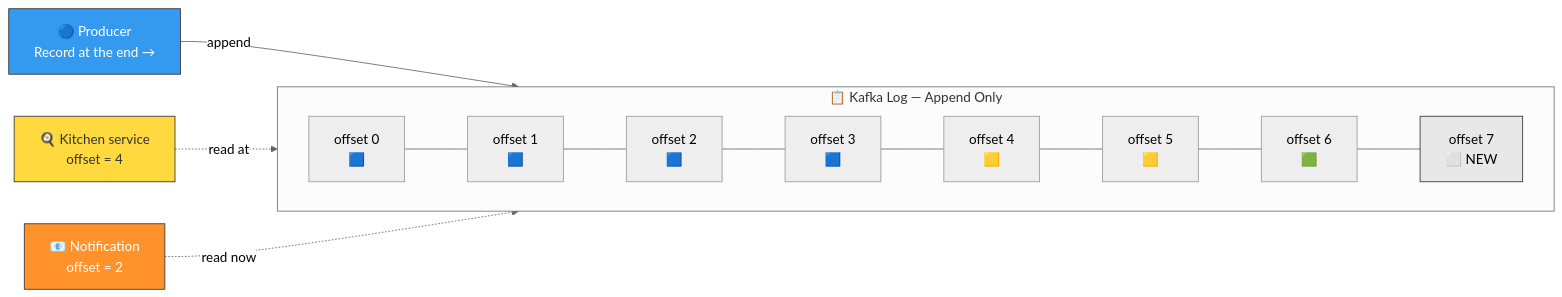
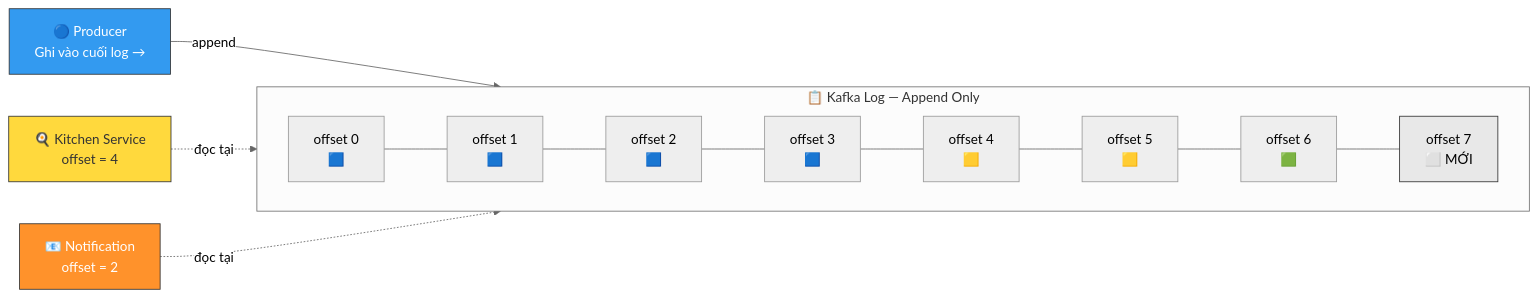
The fifth of 38 diagrams in docs/guides/kafka-qrtable.md (quan-vo-dinh/saas-pos-microservices-qrtable), drawn with Mermaid (neutral theme) before and after one commit. The commit also changed other lines of this file and 62 other files, not shown here.

````diff
--- a/docs/guides/kafka-qrtable.md
+++ b/docs/guides/kafka-qrtable.md
@@ -192,26 +191,26 @@
 ```mermaid
 graph LR
     subgraph "📋 Kafka Log — Append Only"
         direction LR
         M0["offset 0<br/>🟦"]
         M1["offset 1<br/>🟦"]
         M2["offset 2<br/>🟦"]
         M3["offset 3<br/>🟦"]
         M4["offset 4<br/>🟨"]
         M5["offset 5<br/>🟨"]
         M6["offset 6<br/>🟩"]
-        NEW["offset 7<br/>⬜ NEW"]
+        NEW["offset 7<br/>⬜ MỚI"]
 
         M0 --- M1 --- M2 --- M3 --- M4 --- M5 --- M6 --- NEW
     end
 
-P["🔵 Producer<br/>Record at the end →"] -->|"append"| NEW
+P["🔵 Producer<br/>Ghi vào cuối log →"] -->|"append"| NEW
 
-C1["🍳 Kitchen service<br/>offset = 4"] -.->|"read at"| M4
-C2["📧 Notification<br/>offset = 2"] -.->|"read now"| M2
+C1["🍳 Kitchen Service<br/>offset = 4"] -.->|"đọc tại"| M4
+C2["📧 Notification<br/>offset = 2"] -.->|"đọc tại"| M2
 
     style P fill:#339af0,stroke:#333,color:#fff
     style C1 fill:#ffd93d,stroke:#333,color:#333
     style C2 fill:#ff922b,stroke:#333,color:#fff
     style NEW fill:#e8e8e8,stroke:#333
 ```
````
